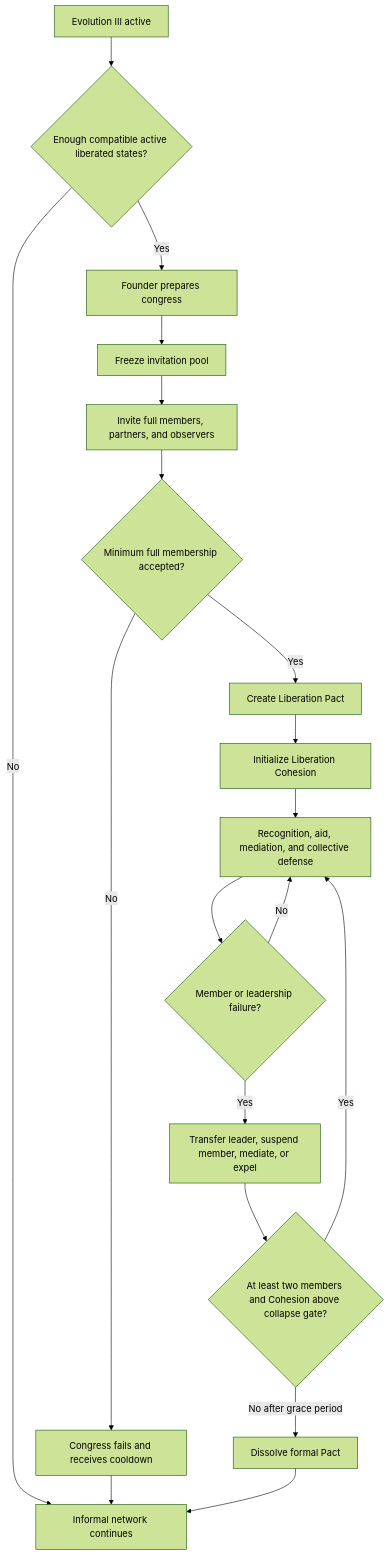
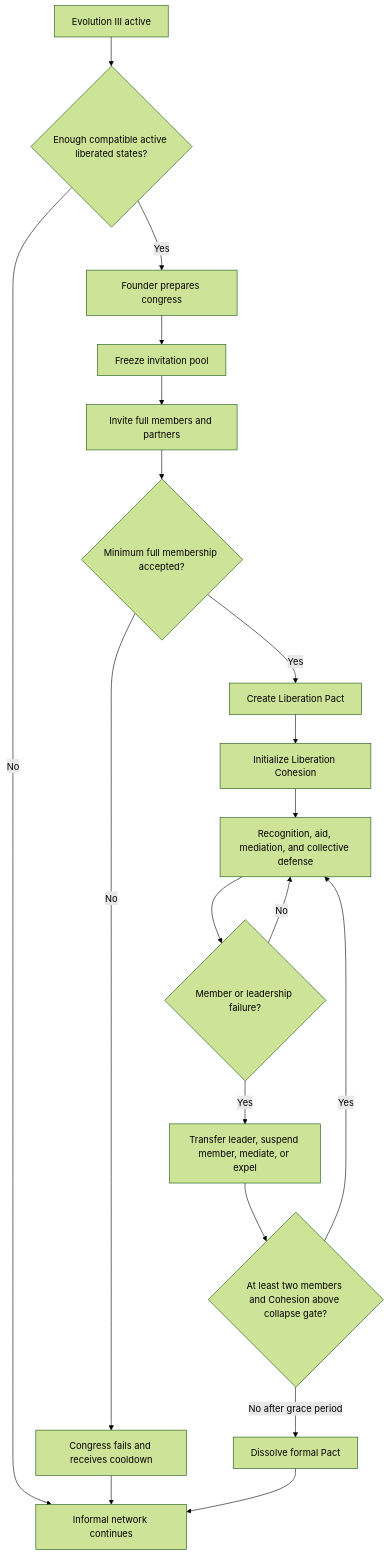
One commit to klimPaskov/Chaos-Redux changed the fifth of 6 diagrams in docs/specs/063_subjects_break_free_specs/diagrams/063_subjects_break_free_flow.md. Above: the diagram before and after it, drawn with Mermaid (forest theme). The commit also changed 12 other files, not shown here.

````diff
--- a/docs/specs/063_subjects_break_free_specs/diagrams/063_subjects_break_free_flow.md
+++ b/docs/specs/063_subjects_break_free_specs/diagrams/063_subjects_break_free_flow.md
@@ -93,21 +93,21 @@
 ```mermaid
 flowchart TD
     A[Evolution III active] --> B{Enough compatible active liberated states?}
     B -->|No| C[Informal network continues]
     B -->|Yes| D[Founder prepares congress]
     D --> E[Freeze invitation pool]
-    E --> F[Invite full members, partners, and observers]
+    E --> F[Invite full members and partners]
     F --> G{Minimum full membership accepted?}
     G -->|No| H[Congress fails and receives cooldown]
     H --> C
     G -->|Yes| I[Create Liberation Pact]
     I --> J[Initialize Liberation Cohesion]
     J --> K[Recognition, aid, mediation, and collective defense]
     K --> L{Member or leadership failure?}
     L -->|No| K
     L -->|Yes| M[Transfer leader, suspend member, mediate, or expel]
     M --> N{At least two members and Cohesion above collapse gate?}
     N -->|Yes| K
     N -->|No after grace period| O[Dissolve formal Pact]
     O --> C
 ```
````
